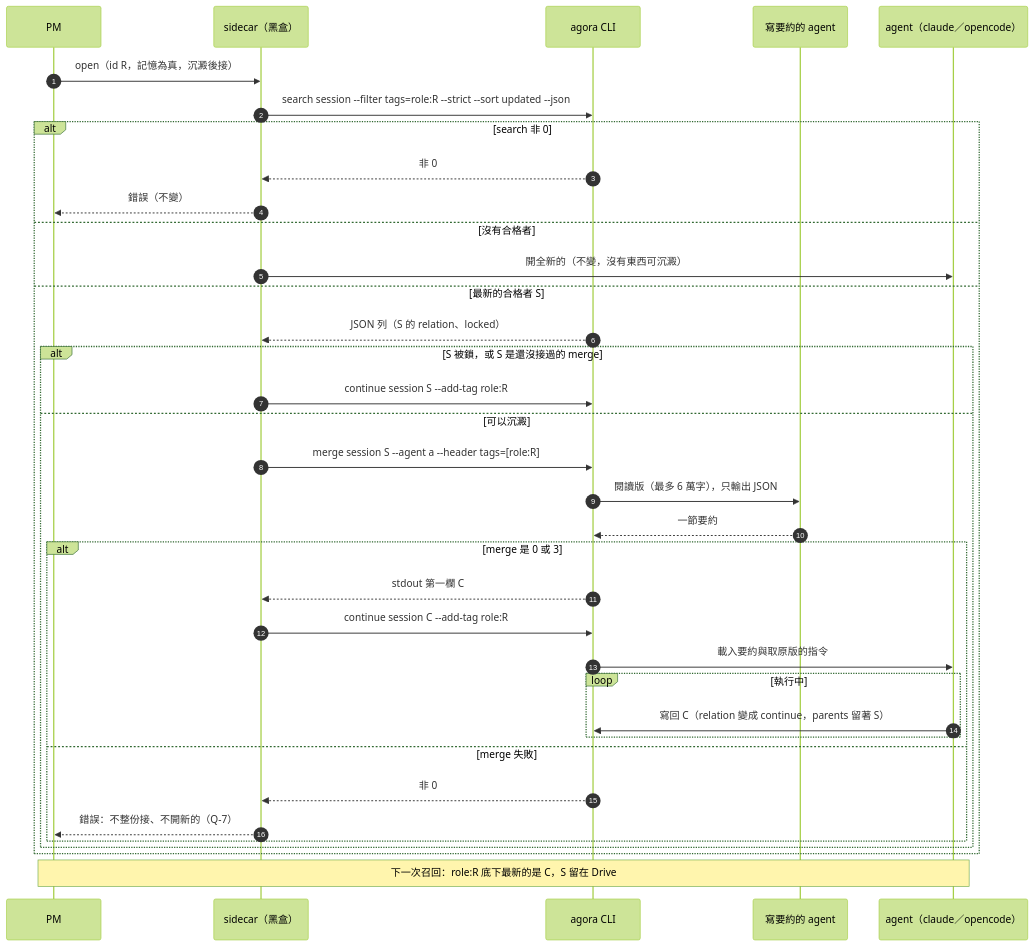
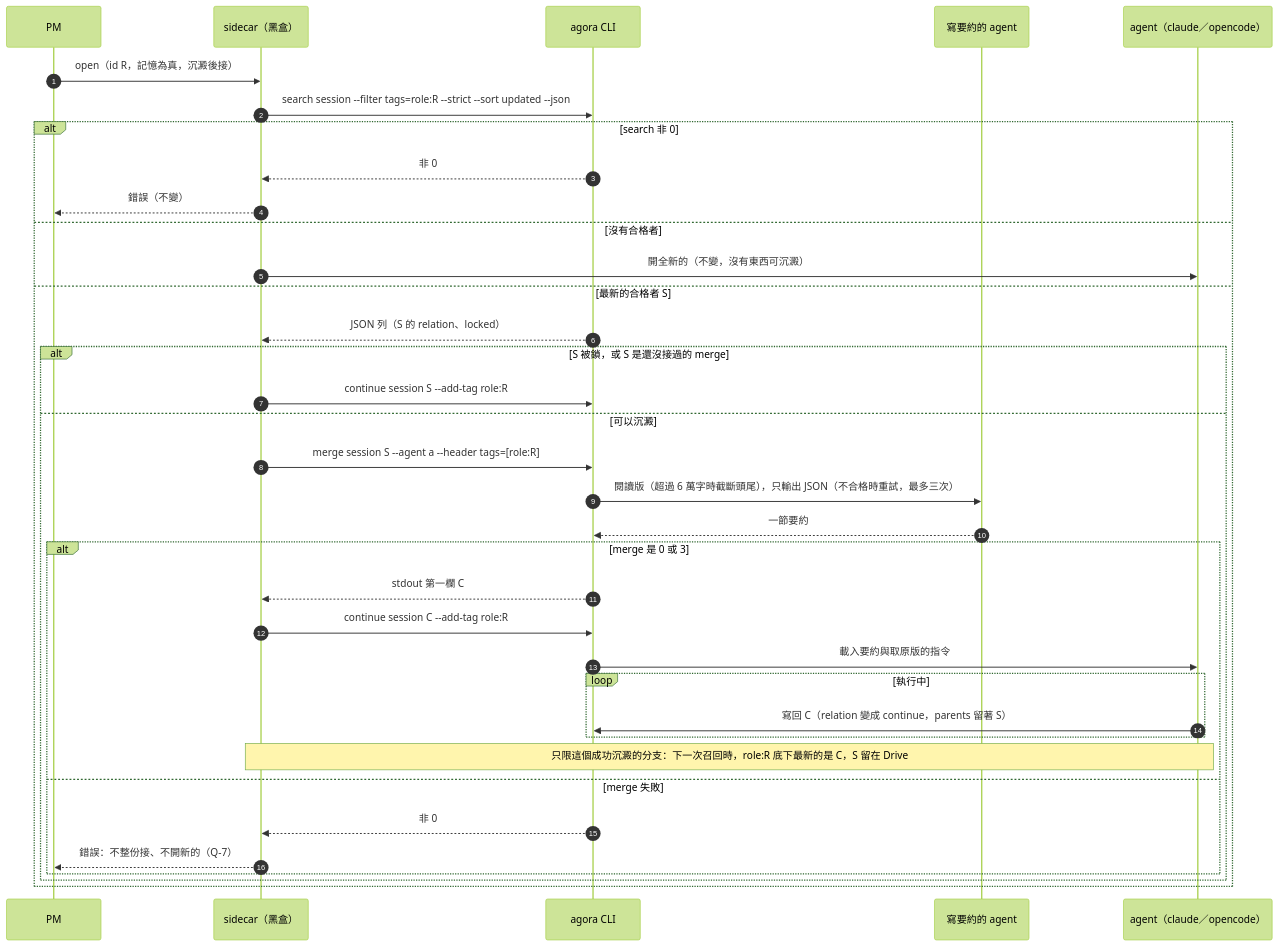
The second of 3 diagrams in docs/design-notes/462-session-editing-and-consolidation.md (FATESAIKOU/MyAiStorage), drawn with Mermaid (forest theme) before and after one commit. The commit also changed other lines of this file, not shown here.

````diff
--- a/docs/design-notes/462-session-editing-and-consolidation.md
+++ b/docs/design-notes/462-session-editing-and-consolidation.md
@@ -494,38 +528,38 @@
 ```mermaid
 sequenceDiagram
   autonumber
   participant PM
   participant SC as sidecar（黑盒）
   participant AG as agora CLI
   participant SM as 寫要約的 agent
   participant AI as agent（claude／opencode）
   PM->>SC: open（id R，記憶為真，沉澱後接）
   SC->>AG: search session --filter tags=role:R --strict --sort updated --json
   alt search 非 0
     AG-->>SC: 非 0
     SC-->>PM: 錯誤（不變）
   else 沒有合格者
     SC->>AI: 開全新的（不變，沒有東西可沉澱）
   else 最新的合格者 S
     AG-->>SC: JSON 列（S 的 relation、locked）
     alt S 被鎖，或 S 是還沒接過的 merge
       SC->>AG: continue session S --add-tag role:R
     else 可以沉澱
       SC->>AG: merge session S --agent a --header tags=[role:R]
-      AG->>SM: 閱讀版（最多 6 萬字），只輸出 JSON
+      AG->>SM: 閱讀版（超過 6 萬字時截斷頭尾），只輸出 JSON（不合格時重試，最多三次）
       SM-->>AG: 一節要約
       alt merge 是 0 或 3
         AG-->>SC: stdout 第一欄 C
         SC->>AG: continue session C --add-tag role:R
         AG->>AI: 載入要約與取原版的指令
         loop 執行中
           AI->>AG: 寫回 C（relation 變成 continue，parents 留著 S）
         end
+        Note over SC,AI: 只限這個成功沉澱的分支：下一次召回時，role:R 底下最新的是 C，S 留在 Drive
       else merge 失敗
         AG-->>SC: 非 0
         SC-->>PM: 錯誤：不整份接、不開新的（Q-7）
       end
     end
   end
-  Note over PM,AI: 下一次召回：role:R 底下最新的是 C，S 留在 Drive
 ```
````
